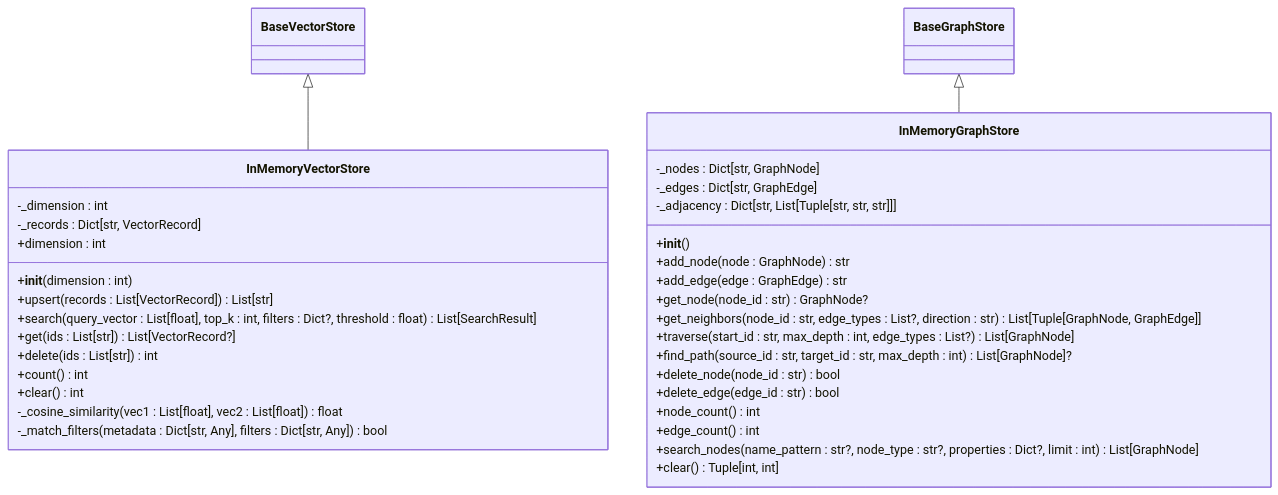
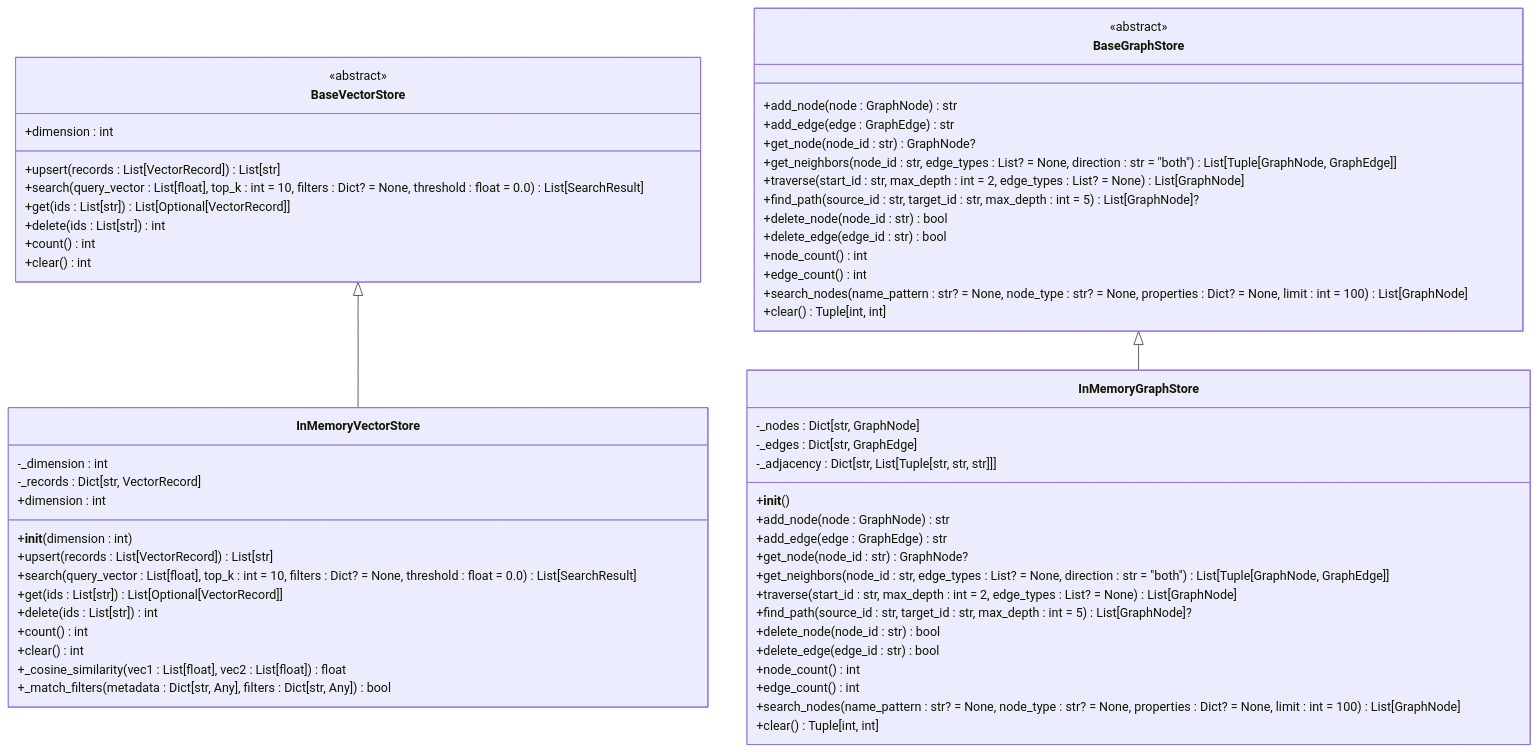
One commit to JieGaoPrinceton/NecoRAG changed the tenth of 13 diagrams in .qoder/repowiki/zh/content/核心架构设计/抽象基类设计.md. Above: the diagram before and after it, drawn with Mermaid. The commit also changed other lines of this file and 12 other files, not shown here.

````diff
--- a/.qoder/repowiki/zh/content/核心架构设计/抽象基类设计.md
+++ b/.qoder/repowiki/zh/content/核心架构设计/抽象基类设计.md
@@ -636,37 +703,62 @@
 ```mermaid
 classDiagram
 class InMemoryVectorStore {
 -_dimension : int
 -_records : Dict[str, VectorRecord]
 +__init__(dimension : int)
 +dimension : int
 +upsert(records : List[VectorRecord]) List[str]
-+search(query_vector : List[float], top_k : int, filters : Dict?, threshold : float) List[SearchResult]
-+get(ids : List[str]) List[VectorRecord?]
++search(query_vector : List[float], top_k : int = 10, filters : Dict? = None, threshold : float = 0.0) List[SearchResult]
++get(ids : List[str]) List[Optional[VectorRecord]]
 +delete(ids : List[str]) int
 +count() int
 +clear() int
--_cosine_similarity(vec1 : List[float], vec2 : List[float]) float
--_match_filters(metadata : Dict[str, Any], filters : Dict[str, Any]) bool
++_cosine_similarity(vec1 : List[float], vec2 : List[float]) float
++_match_filters(metadata : Dict[str, Any], filters : Dict[str, Any]) bool
 }
 class InMemoryGraphStore {
 -_nodes : Dict[str, GraphNode]
 -_edges : Dict[str, GraphEdge]
 -_adjacency : Dict[str, List[Tuple[str, str, str]]]
 +__init__()
 +add_node(node : GraphNode) str
 +add_edge(edge : GraphEdge) str
 +get_node(node_id : str) GraphNode?
-+get_neighbors(node_id : str, edge_types : List?, direction : str) List[Tuple[GraphNode, GraphEdge]]
-+traverse(start_id : str, max_depth : int, edge_types : List?) List[GraphNode]
-+find_path(source_id : str, target_id : str, max_depth : int) List[GraphNode]?
++get_neighbors(node_id : str, edge_types : List? = None, direction : str = "both") List[Tuple[GraphNode, GraphEdge]]
++traverse(start_id : str, max_depth : int = 2, edge_types : List? = None) List[GraphNode]
++find_path(source_id : str, target_id : str, max_depth : int = 5) List[GraphNode]?
 +delete_node(node_id : str) bool
 +delete_edge(edge_id : str) bool
 +node_count() int
 +edge_count() int
-+search_nodes(name_pattern : str?, node_type : str?, properties : Dict?, limit : int) List[GraphNode]
++search_nodes(name_pattern : str? = None, node_type : str? = None, properties : Dict? = None, limit : int = 100) List[GraphNode]
++clear() Tuple[int, int]
+}
+class BaseVectorStore {
+<<abstract>>
++upsert(records : List[VectorRecord]) List[str]
++search(query_vector : List[float], top_k : int = 10, filters : Dict? = None, threshold : float = 0.0) List[SearchResult]
++get(ids : List[str]) List[Optional[VectorRecord]]
++delete(ids : List[str]) int
++count() int
++clear() int
++dimension : int
+}
+class BaseGraphStore {
+<<abstract>>
++add_node(node : GraphNode) str
++add_edge(edge : GraphEdge) str
++get_node(node_id : str) GraphNode?
++get_neighbors(node_id : str, edge_types : List? = None, direction : str = "both") List[Tuple[GraphNode, GraphEdge]]
++traverse(start_id : str, max_depth : int = 2, edge_types : List? = None) List[GraphNode]
++find_path(source_id : str, target_id : str, max_depth : int = 5) List[GraphNode]?
++delete_node(node_id : str) bool
++delete_edge(edge_id : str) bool
++node_count() int
++edge_count() int
++search_nodes(name_pattern : str? = None, node_type : str? = None, properties : Dict? = None, limit : int = 100) List[GraphNode]
 +clear() Tuple[int, int]
 }
 BaseVectorStore <|-- InMemoryVectorStore
 BaseGraphStore <|-- InMemoryGraphStore
 ```
````
